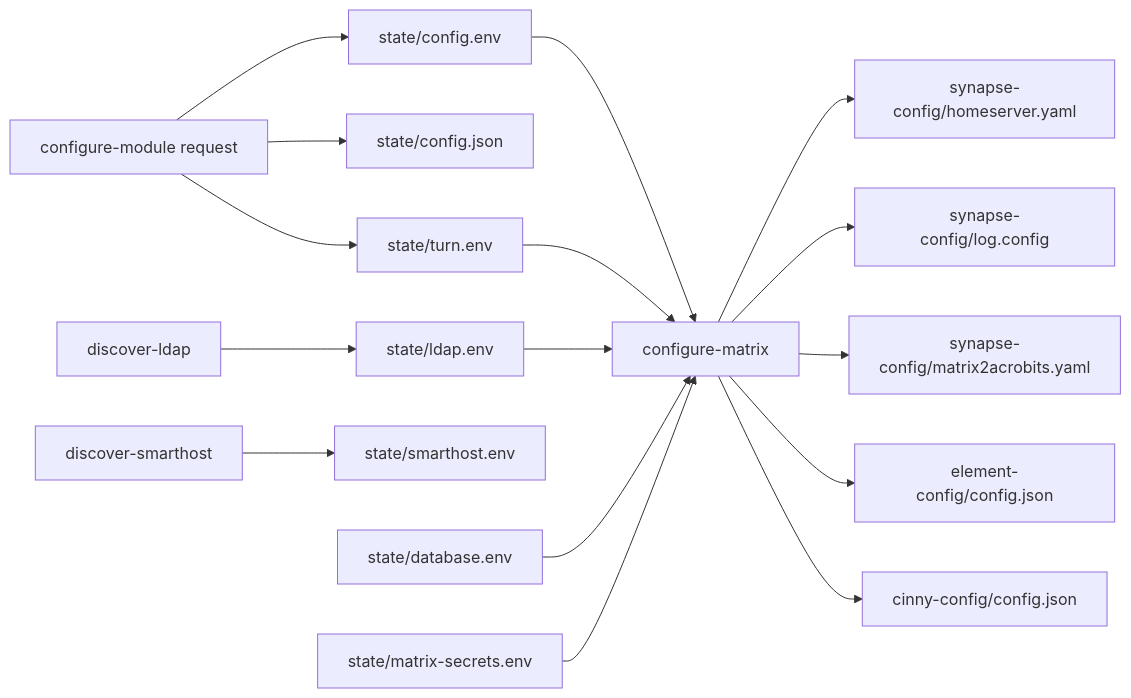
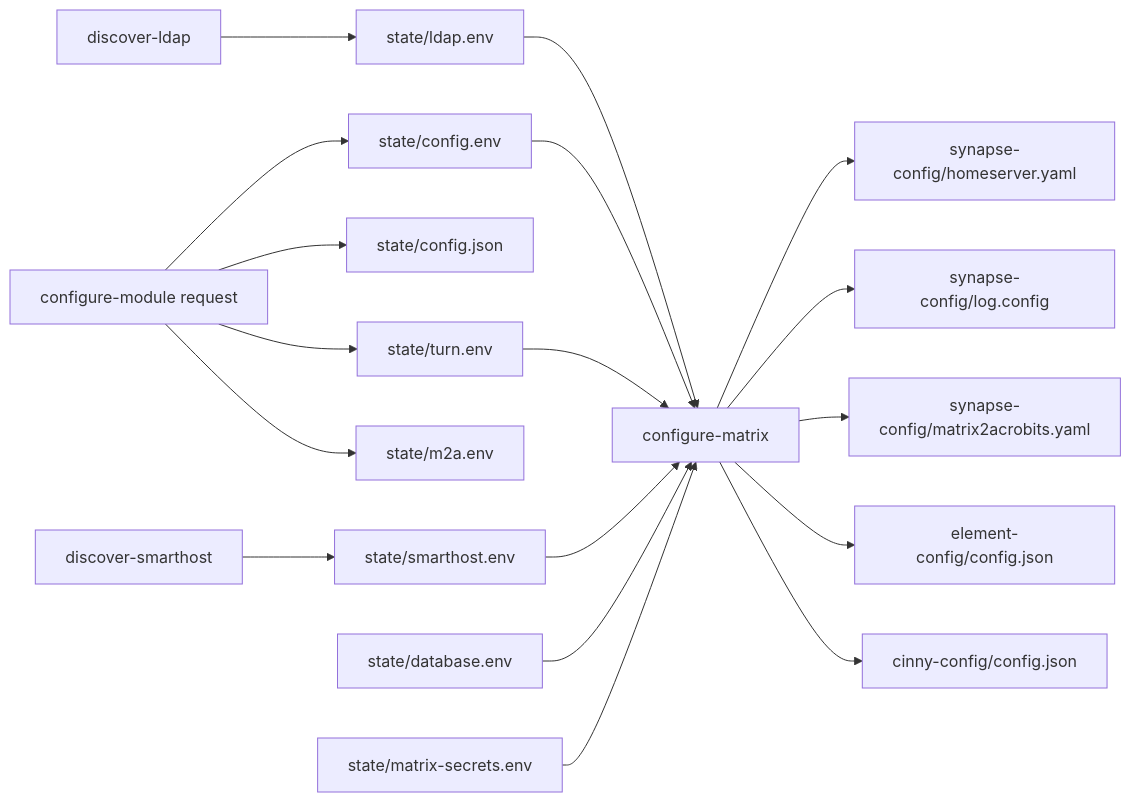
The third of 4 diagrams in docs/architecture.md (NethServer/ns8-matrix), drawn with Mermaid before and after one commit. The commit also changed other lines of this file and 1 other file, not shown here.

Commit message:
fixup! docs: split README into admin guide, architecture and NethVoice pages

````diff
--- a/docs/architecture.md
+++ b/docs/architecture.md
@@ -70,19 +87,21 @@
 ```mermaid
 flowchart LR
     R[configure-module request] --> CE[state/config.env]
     R --> CJ[state/config.json]
     R --> TE[state/turn.env]
     DL[discover-ldap] --> LE[state/ldap.env]
+    R --> ME[state/m2a.env]
     DS[discover-smarthost] --> SE[state/smarthost.env]
     CM[configure-matrix]
     CE --> CM
     LE --> CM
+    SE --> CM
     TE --> CM
     DB[state/database.env] --> CM
     MS[state/matrix-secrets.env] --> CM
     CM --> H[synapse-config/homeserver.yaml]
     CM --> LC[synapse-config/log.config]
     CM --> A[synapse-config/matrix2acrobits.yaml]
     CM --> EC[element-config/config.json]
     CM --> CC[cinny-config/config.json]
 ```
````
